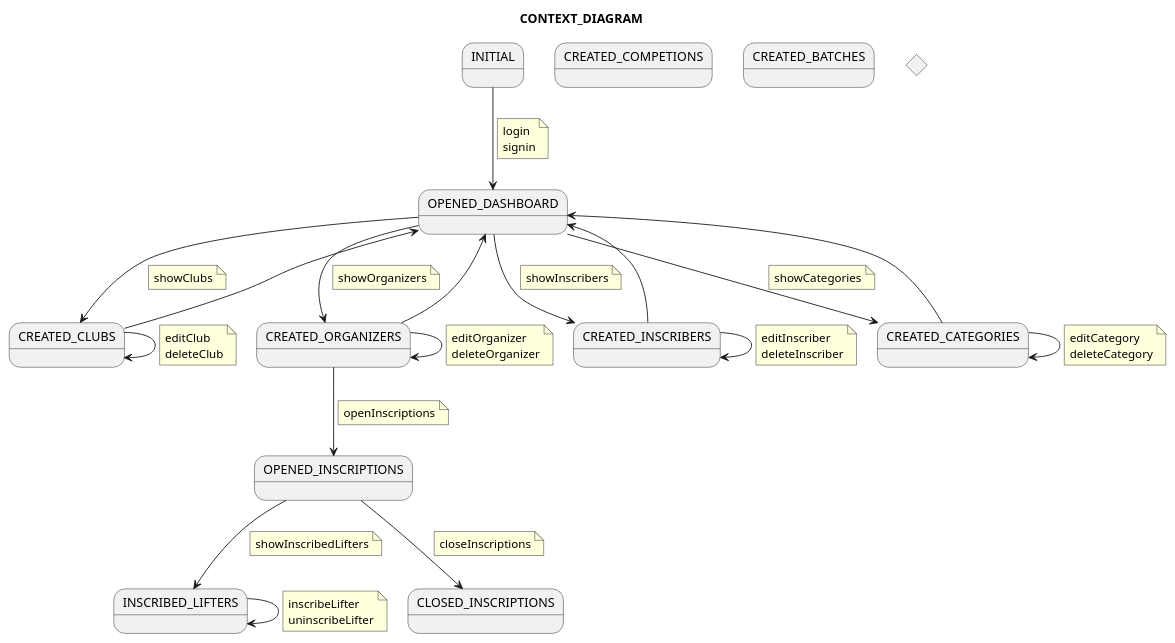
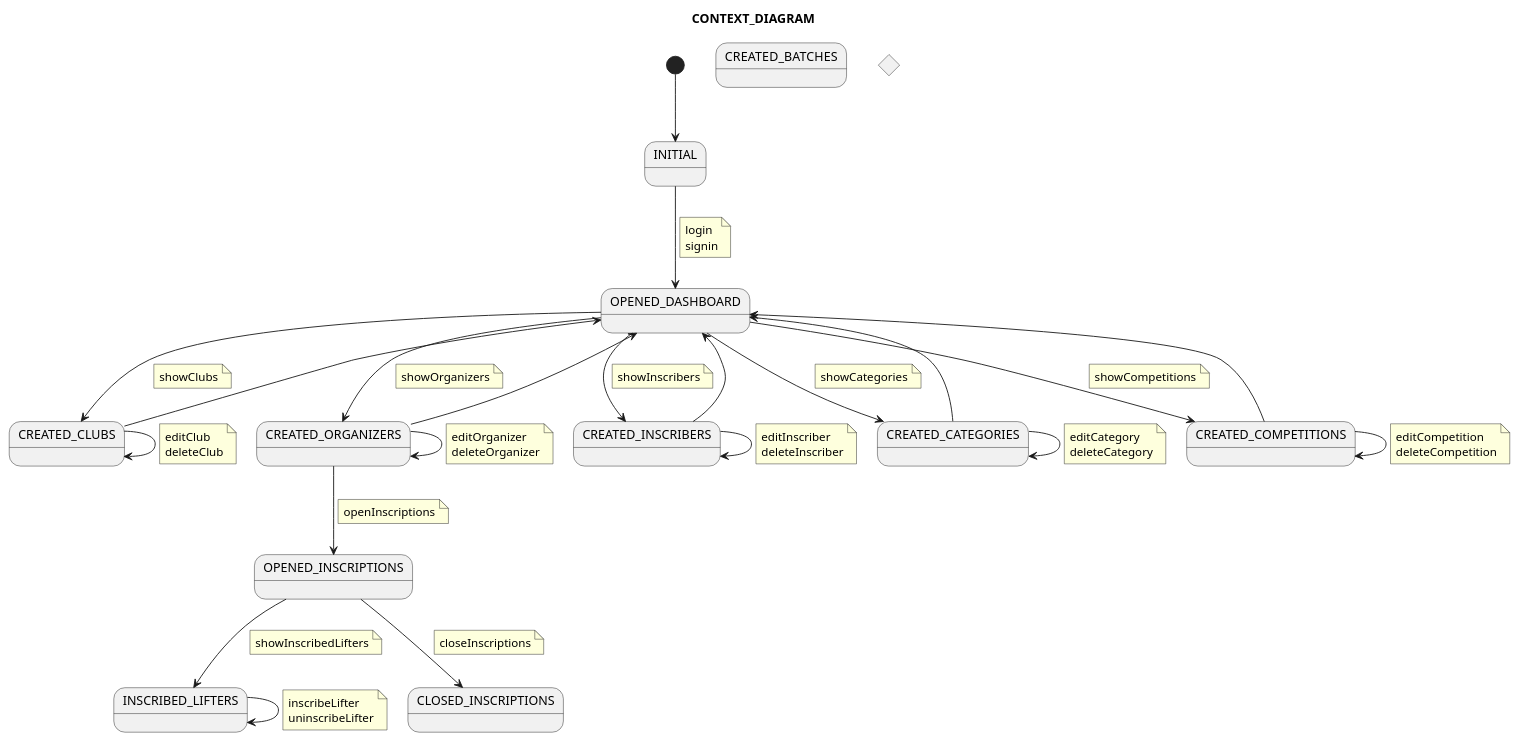
The diagram in diagrams/context/contextDiagram.puml (zuldare/mastercloud_pfm_halterocms), drawn with PlantUML before and after one commit.

Commit message:
Modify context diagram

```diff
--- a/diagrams/context/contextDiagram.puml
+++ b/diagrams/context/contextDiagram.puml
@@ -1,113 +1,127 @@
 @startuml
 title CONTEXT_DIAGRAM
+
+
 
 state INITIAL
 state OPENED_DASHBOARD
 state CREATED_CLUBS
 state CREATED_ORGANIZERS
 state CREATED_INSCRIBERS
 state CREATED_CATEGORIES
 state OPENED_INSCRIPTIONS
-state CREATED_COMPETIONS
+state CREATED_COMPETITIONS
 state CREATED_BATCHES
 
-state AreInscriptionsOpened <<choice>>
+state IsCompetitionCreated <<choice>>
 state INSCRIBED_LIFTERS
 
-
+[*] --> INITIAL
 INITIAL --> OPENED_DASHBOARD
 note on link
   login
   signin
 end note
 
 OPENED_DASHBOARD --> CREATED_CLUBS
 note on link
   showClubs
 end note
 CREATED_CLUBS --> OPENED_DASHBOARD
 
 
 OPENED_DASHBOARD --> CREATED_ORGANIZERS
 note on link
   showOrganizers
 end note
 
 CREATED_ORGANIZERS --> CREATED_ORGANIZERS
 note on link
   editOrganizer
   deleteOrganizer
 end note
 CREATED_ORGANIZERS --> OPENED_DASHBOARD
 
 
 OPENED_DASHBOARD --> CREATED_INSCRIBERS
 note on link
   showInscribers
 end note
 CREATED_INSCRIBERS --> OPENED_DASHBOARD
 
 CREATED_INSCRIBERS --> CREATED_INSCRIBERS
 note on link
   editInscriber
   deleteInscriber
 end note
 
 OPENED_DASHBOARD --> CREATED_CATEGORIES
 note on link
   showCategories
 end note
 
 CREATED_CATEGORIES --> CREATED_CATEGORIES
 note on link
   editCategory
   deleteCategory
 end note
 CREATED_CATEGORIES --> OPENED_DASHBOARD
 
 
 CREATED_CLUBS --> CREATED_CLUBS
 note on link
   editClub
   deleteClub
 end note
 
 
 INSCRIBED_LIFTERS --> INSCRIBED_LIFTERS
 note on link
   inscribeLifter
   uninscribeLifter
 end note
 
 'CREATED_CLUBS ---> [*] : logout
 'CREATED_ORGANIZERS ---> [*] : logout
 'CREATED_INSCRIBERS ---> [*] : logout
 'CREATED_CATEGORIES ---> [*] : logout
 
 
 
 CREATED_ORGANIZERS --> OPENED_INSCRIPTIONS
 note on link
   openInscriptions
 end note
 
 
 OPENED_INSCRIPTIONS --> INSCRIBED_LIFTERS
 note on link
   showInscribedLifters
 end note
 
 OPENED_INSCRIPTIONS --> CLOSED_INSCRIPTIONS
 note on link
   closeInscriptions
 end note
 
 
+OPENED_DASHBOARD --> CREATED_COMPETITIONS
+note on link
+  showCompetitions
+end note
+
+CREATED_COMPETITIONS --> OPENED_DASHBOARD
+CREATED_COMPETITIONS --> CREATED_COMPETITIONS
+note on link
+  editCompetition
+  deleteCompetition
+end note
+
 'OPENED_INSCRIPTIONS --> AreInscriptionsOpened : are inscriptions opened
 'AreInscriptionsOpened --> INSCRIBED_LIFTERS
 'note on link
 '  inscribeLifter
 'end note
 
 
 @enduml
```
